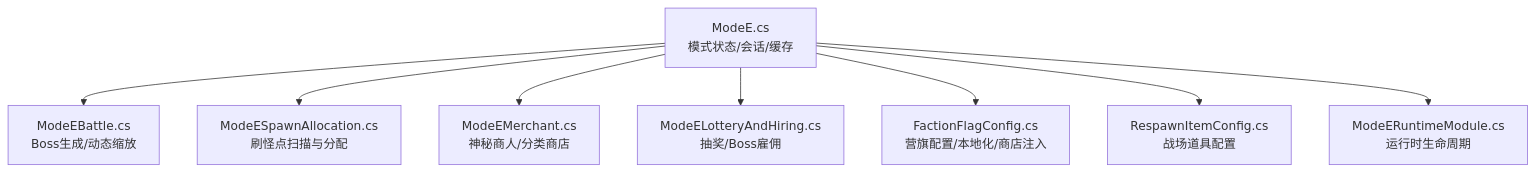
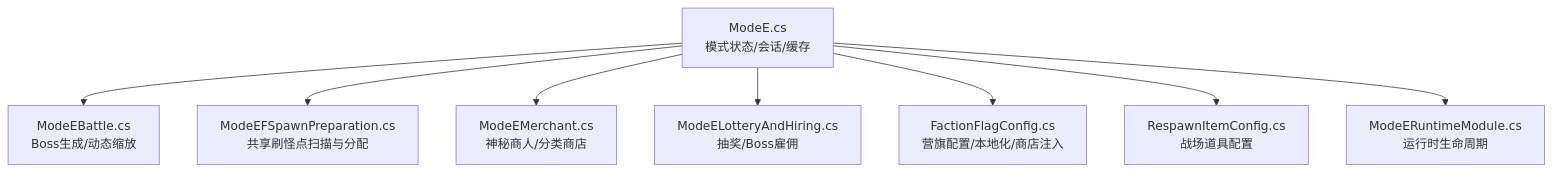
Before and after one commit to GASEN1216/BossRushMod: the first of 8 diagrams in .qoder/repowiki/zh/content/游戏模式系统/Mode E：划地为营.md, drawn with Mermaid. The commit also changed other lines of this file and 21 other files, not shown here.

````diff
--- a/.qoder/repowiki/zh/content/游戏模式系统/Mode E：划地为营.md
+++ b/.qoder/repowiki/zh/content/游戏模式系统/Mode E：划地为营.md
@@ -33,10 +35,10 @@
 ```mermaid
 graph TB
 A["ModeE.cs<br/>模式状态/会话/缓存"] --> B["ModeEBattle.cs<br/>Boss生成/动态缩放"]
-A --> C["ModeESpawnAllocation.cs<br/>刷怪点扫描与分配"]
+A --> C["ModeEFSpawnPreparation.cs<br/>共享刷怪点扫描与分配"]
 A --> D["ModeEMerchant.cs<br/>神秘商人/分类商店"]
 A --> E["ModeELotteryAndHiring.cs<br/>抽奖/Boss雇佣"]
 A --> F["FactionFlagConfig.cs<br/>营旗配置/本地化/商店注入"]
 A --> G["RespawnItemConfig.cs<br/>战场道具配置"]
 A --> H["ModeERuntimeModule.cs<br/>运行时生命周期"]
 ```
````
